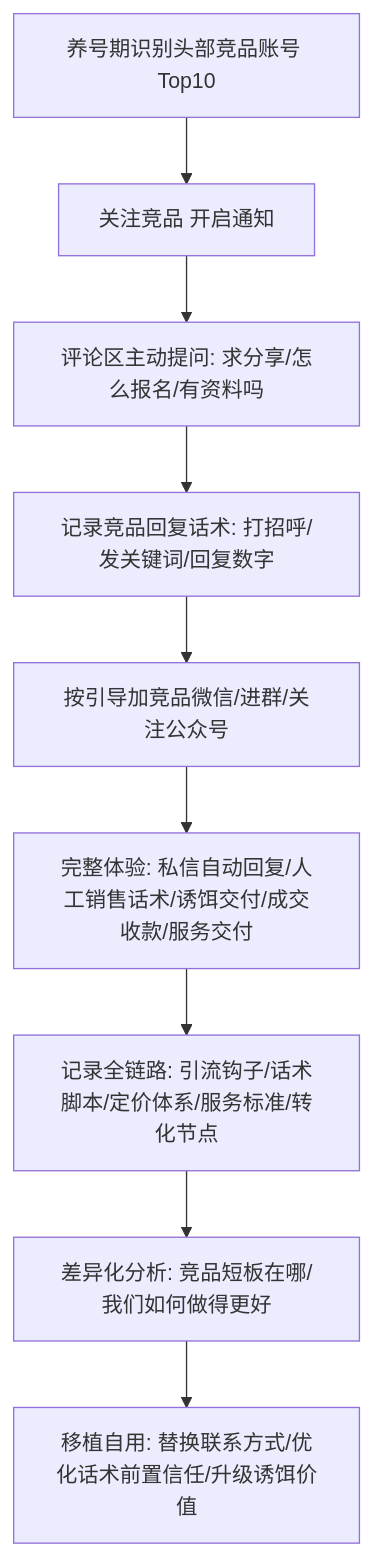
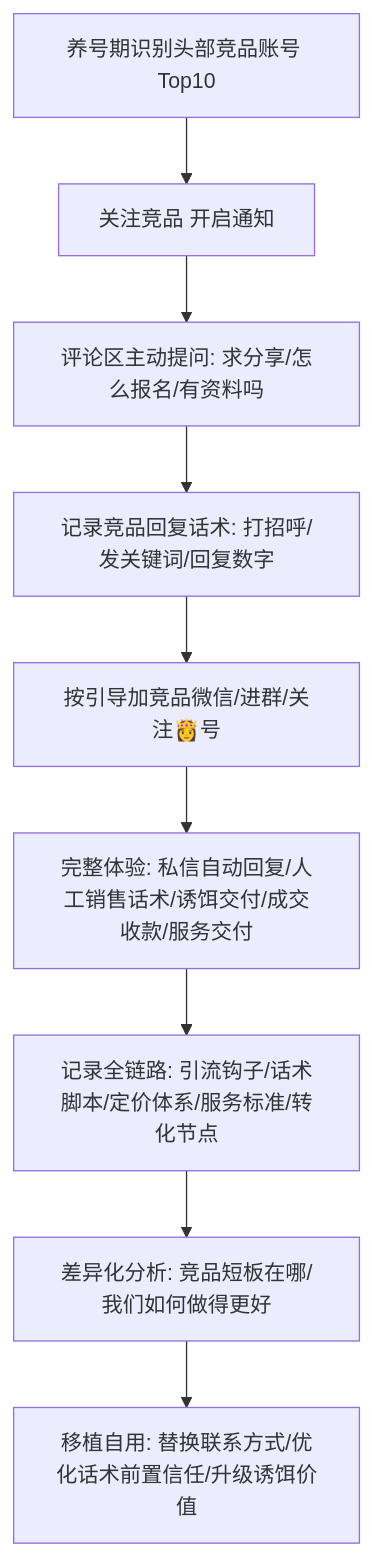
One commit to OpenDocCN1/flygon-zhuanqian-zhoubao changed the fourth of 10 diagrams in docs/202305_paper2textbook/asset/body_fix_6e86bdc4a4179db6d402c6f6fe710547_c2f9741f1543c0b57795b0c527d6a311_fe46e7144c601e8331252b59de6bdbb0_e1d1b5ae4d8d522539cd4c1683468996.md. Above: the diagram before and after it, drawn with Mermaid. The commit also changed other lines of this file and 6688 other files, not shown here.

````diff
--- a/docs/202305_paper2textbook/asset/body_fix_6e86bdc4a4179db6d402c6f6fe710547_c2f9741f1543c0b57795b0c527d6a311_fe46e7144c601e8331252b59de6bdbb0_e1d1b5ae4d8d522539cd4c1683468996.md
+++ b/docs/202305_paper2textbook/asset/body_fix_6e86bdc4a4179db6d402c6f6fe710547_c2f9741f1543c0b57795b0c527d6a311_fe46e7144c601e8331252b59de6bdbb0_e1d1b5ae4d8d522539cd4c1683468996.md
@@ -223,11 +223,11 @@
 ```mermaid
 flowchart TD
     A[养号期识别头部竞品账号 Top10] --> B[关注竞品 开启通知]
     B --> C[评论区主动提问: 求分享/怎么报名/有资料吗]
     C --> D[记录竞品回复话术: 打招呼/发关键词/回复数字]
-    D --> E[按引导加竞品微信/进群/关注公众号]
+    D --> E[按引导加竞品微信/进群/关注👸号]
     E --> F[完整体验: 私信自动回复/人工销售话术/诱饵交付/成交收款/服务交付]
     F --> G[记录全链路: 引流钩子/话术脚本/定价体系/服务标准/转化节点]
     G --> H[差异化分析: 竞品短板在哪/我们如何做得更好]
     H --> I[移植自用: 替换联系方式/优化话术前置信任/升级诱饵价值]
 ```
````
